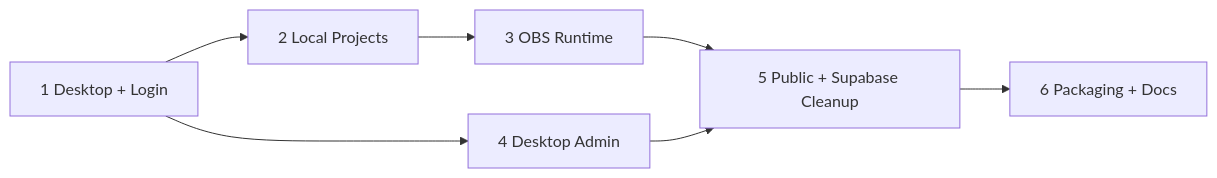
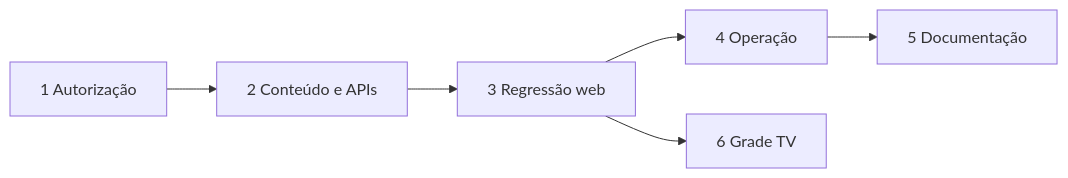
One commit to victorpessoa-dev/telao-online changed the diagram in .planning/ROADMAP.md. Above: the diagram before and after it, drawn with Mermaid. The commit also changed other lines of this file and 38 other files, not shown here.

````diff
--- a/.planning/ROADMAP.md
+++ b/.planning/ROADMAP.md
@@ -53,9 +51,8 @@
 ```mermaid
 flowchart LR
-  P1[1 Desktop + Login] --> P2[2 Local Projects]
-  P2 --> P3[3 OBS Runtime]
-  P1 --> P4[4 Desktop Admin]
-  P3 --> P5[5 Public + Supabase Cleanup]
-  P4 --> P5
-  P5 --> P6[6 Packaging + Docs]
+  P1[1 Autorização] --> P2[2 Conteúdo e APIs]
+  P2 --> P3[3 Regressão web]
+  P3 --> P4[4 Operação]
+  P4 --> P5[5 Documentação]
+  P3 --> P6[6 Grade TV]
 ```
````
